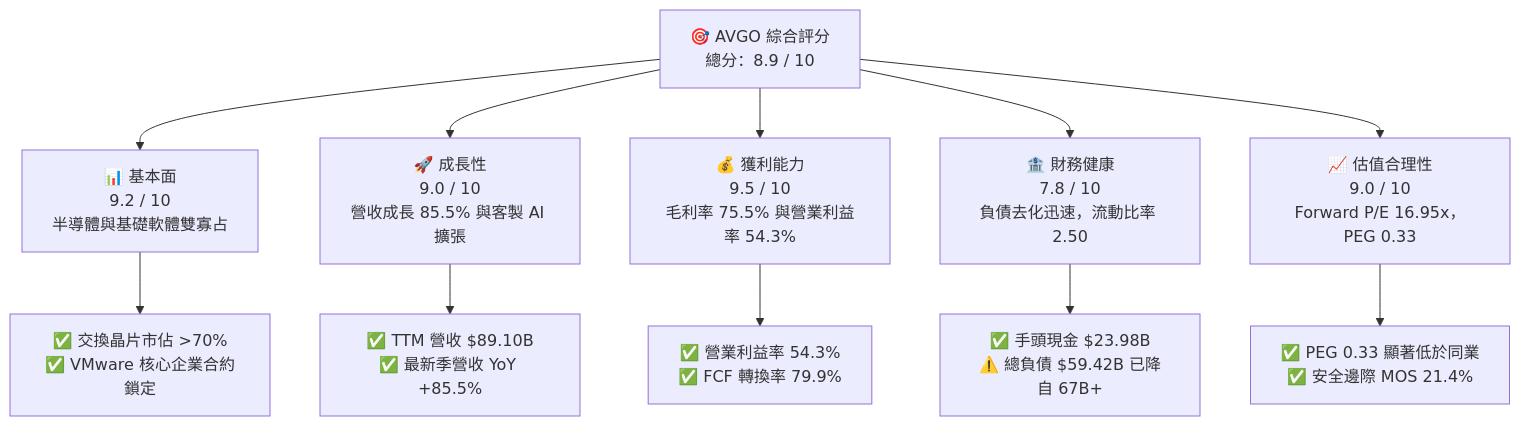
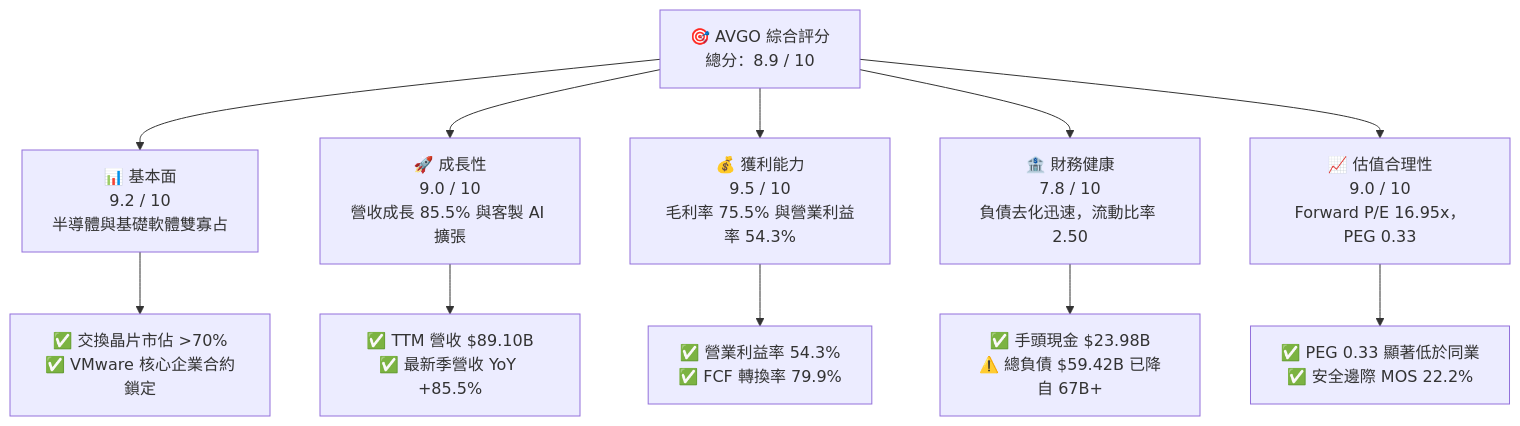
Before and after one commit to yennanliu/finance_data: the first of 15 diagrams in ai_gen_report/fundamental/avgo/fundamental_analysis_2026-10-18_gemini.md, drawn with Mermaid. The commit also changed other lines of this file and 339 other files, not shown here.

````diff
--- a/ai_gen_report/fundamental/avgo/fundamental_analysis_2026-10-18_gemini.md
+++ b/ai_gen_report/fundamental/avgo/fundamental_analysis_2026-10-18_gemini.md
@@ -58,22 +65,22 @@
 ```mermaid
 graph TD
     TICKER["🎯 AVGO 綜合評分<br/>總分：8.9 / 10"]
 
     F["📊 基本面<br/>9.2 / 10<br/>半導體與基礎軟體雙寡占"]
     G["🚀 成長性<br/>9.0 / 10<br/>營收成長 85.5% 與客製 AI 擴張"]
     P["💰 獲利能力<br/>9.5 / 10<br/>毛利率 75.5% 與營業利益率 54.3%"]
     B["🏦 財務健康<br/>7.8 / 10<br/>負債去化迅速，流動比率 2.50"]
     V["📈 估值合理性<br/>9.0 / 10<br/>Forward P/E 16.95x，PEG 0.33"]
 
     TICKER --> F
     TICKER --> G
     TICKER --> P
     TICKER --> B
     TICKER --> V
 
     F --> F1["✅ 交換晶片市佔 >70%<br/>✅ VMware 核心企業合約鎖定"]
     G --> G1["✅ TTM 營收 $89.10B<br/>✅ 最新季營收 YoY +85.5%"]
     P --> P1["✅ 營業利益率 54.3%<br/>✅ FCF 轉換率 79.9%"]
     B --> B1["✅ 手頭現金 $23.98B<br/>⚠️ 總負債 $59.42B 已降自 67B+"]
-    V --> V1["✅ PEG 0.33 顯著低於同業<br/>✅ 安全邊際 MOS 21.4%"]
+    V --> V1["✅ PEG 0.33 顯著低於同業<br/>✅ 安全邊際 MOS 22.2%"]
 ```
````
